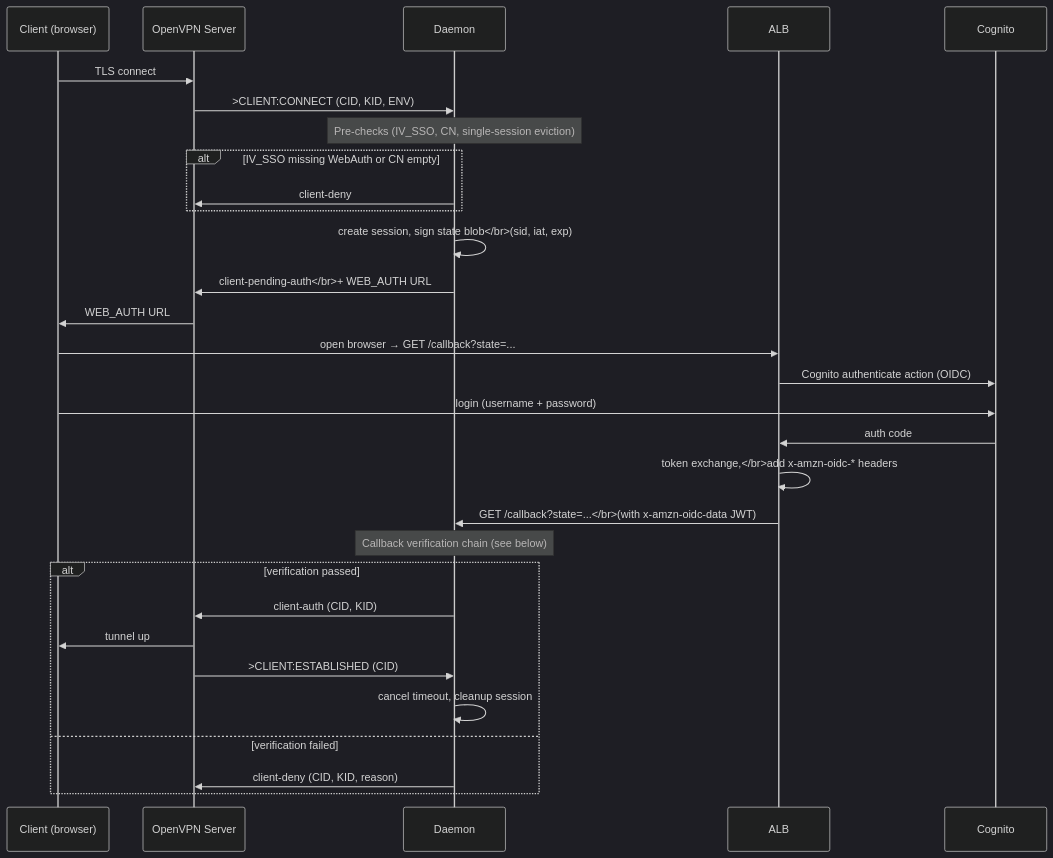
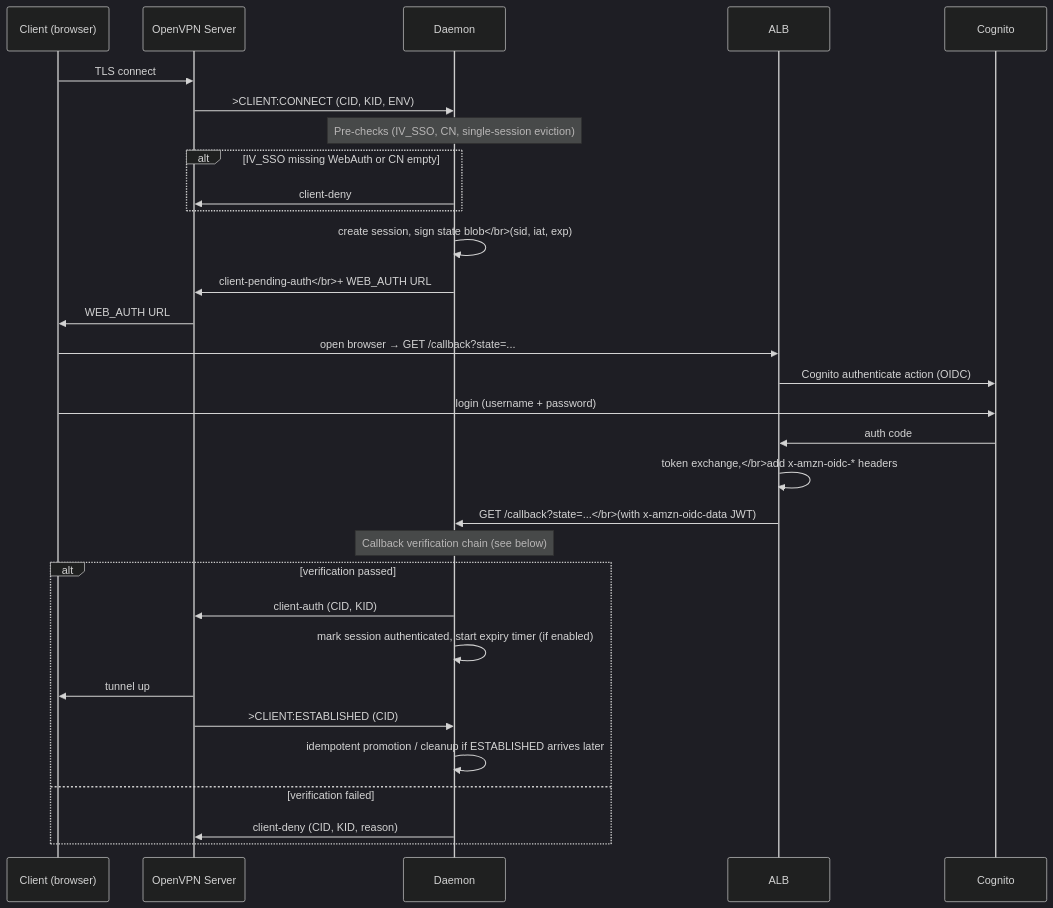
The first of 6 diagrams in docs/architecture.md (luk-kop/openvpn-auth-aws), drawn with Mermaid (dark theme) before and after one commit. The commit also changed other lines of this file and 47 other files, not shown here.

````diff
--- a/docs/architecture.md
+++ b/docs/architecture.md
@@ -7,39 +7,40 @@
 ```mermaid
 sequenceDiagram
     participant C as Client (browser)
     participant V as OpenVPN Server
     participant D as Daemon
     participant A as ALB
     participant Co as Cognito
 
     C->>V: TLS connect
     V->>D: >CLIENT:CONNECT (CID, KID, ENV)
 
     note over D: Pre-checks (IV_SSO, CN, single-session eviction)
 
     alt IV_SSO missing WebAuth or CN empty
         D->>V: client-deny
     end
 
     D->>D: create session, sign state blob</br>(sid, iat, exp)
     D->>V: client-pending-auth</br>+ WEB_AUTH URL
     V->>C: WEB_AUTH URL
 
     C->>A: open browser → GET /callback?state=...
     A->>Co: Cognito authenticate action (OIDC)
     C->>Co: login (username + password)
     Co->>A: auth code
     A->>A: token exchange,</br>add x-amzn-oidc-* headers
     A->>D: GET /callback?state=...</br>(with x-amzn-oidc-data JWT)
 
     note over D: Callback verification chain (see below)
 
     alt verification passed
         D->>V: client-auth (CID, KID)
+        D->>D: mark session authenticated, start expiry timer (if enabled)
         V->>C: tunnel up
         V->>D: >CLIENT:ESTABLISHED (CID)
-        D->>D: cancel timeout, cleanup session
+        D->>D: idempotent promotion / cleanup if ESTABLISHED arrives later
     else verification failed
         D->>V: client-deny (CID, KID, reason)
     end
 ```
````
